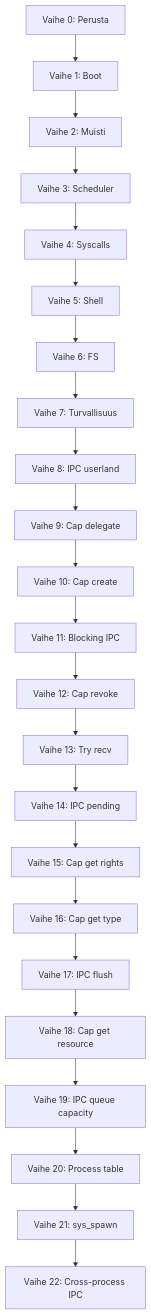
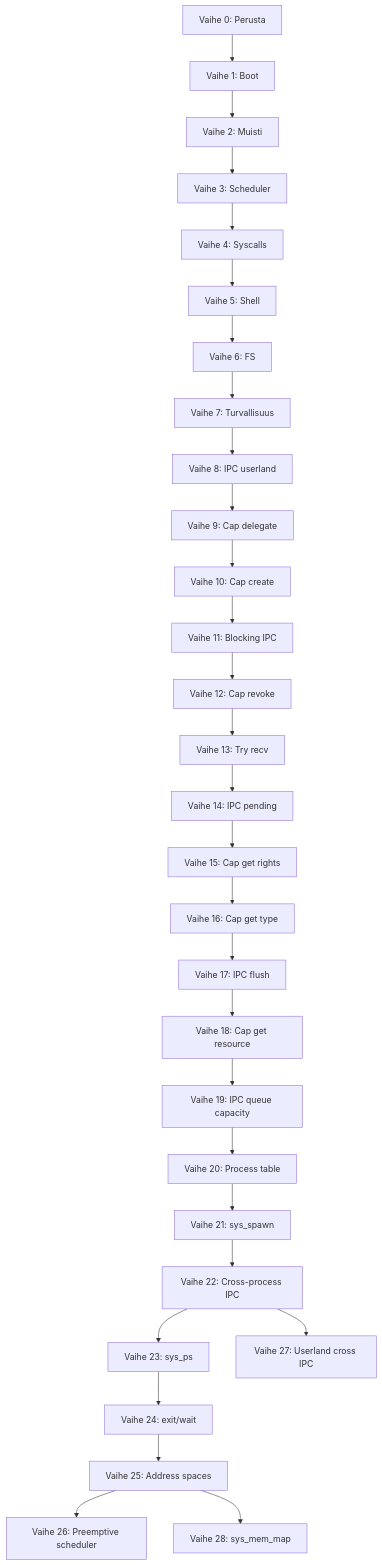
The diagram in docs/ROADMAP.md (Mikko-Huuskonen-Pro/Zinux), drawn with Mermaid before and after one commit. The commit also changed other lines of this file and 1 other file, not shown here.

First line of the commit message:
docs: add roadmap phases 23-28 and security review notes

````diff
--- a/docs/ROADMAP.md
+++ b/docs/ROADMAP.md
@@ -411,25 +552,31 @@
 ```mermaid
 graph TD
     V0[Vaihe 0: Perusta] --> V1[Vaihe 1: Boot]
     V1 --> V2[Vaihe 2: Muisti]
     V2 --> V3[Vaihe 3: Scheduler]
     V3 --> V4[Vaihe 4: Syscalls]
     V4 --> V5[Vaihe 5: Shell]
     V5 --> V6[Vaihe 6: FS]
     V6 --> V7[Vaihe 7: Turvallisuus]
     V7 --> V8[Vaihe 8: IPC userland]
     V8 --> V9[Vaihe 9: Cap delegate]
     V9 --> V10[Vaihe 10: Cap create]
     V10 --> V11[Vaihe 11: Blocking IPC]
     V11 --> V12[Vaihe 12: Cap revoke]
     V12 --> V13[Vaihe 13: Try recv]
     V13 --> V14[Vaihe 14: IPC pending]
     V14 --> V15[Vaihe 15: Cap get rights]
     V15 --> V16[Vaihe 16: Cap get type]
     V16 --> V17[Vaihe 17: IPC flush]
     V17 --> V18[Vaihe 18: Cap get resource]
     V18 --> V19[Vaihe 19: IPC queue capacity]
     V19 --> V20[Vaihe 20: Process table]
     V20 --> V21[Vaihe 21: sys_spawn]
     V21 --> V22[Vaihe 22: Cross-process IPC]
+    V22 --> V23[Vaihe 23: sys_ps]
+    V23 --> V24[Vaihe 24: exit/wait]
+    V24 --> V25[Vaihe 25: Address spaces]
+    V25 --> V26[Vaihe 26: Preemptive scheduler]
+    V22 --> V27[Vaihe 27: Userland cross IPC]
+    V25 --> V28[Vaihe 28: sys_mem_map]
 ```
````
